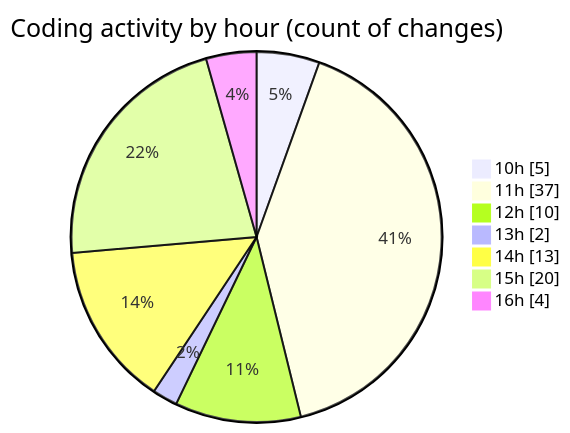
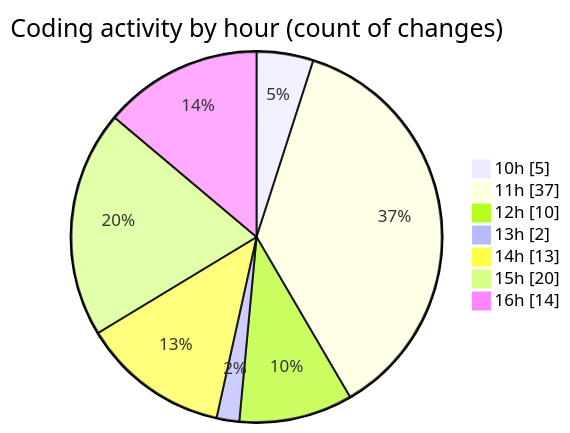
Before and after one commit to momahboobian/code-tracking: the second of 2 diagrams in 2025-07-07/cda/README.md, drawn with Mermaid. The commit also changed other lines of this file and 1 other file, not shown here.

````diff
--- a/2025-07-07/cda/README.md
+++ b/2025-07-07/cda/README.md
@@ -44,11 +44,11 @@
 ```mermaid
 pie showData
 title Coding activity by hour (count of changes)
 "10h" : 5
 "11h" : 37
 "12h" : 10
 "13h" : 2
 "14h" : 13
 "15h" : 20
-"16h" : 4
+"16h" : 14
 ```
````
